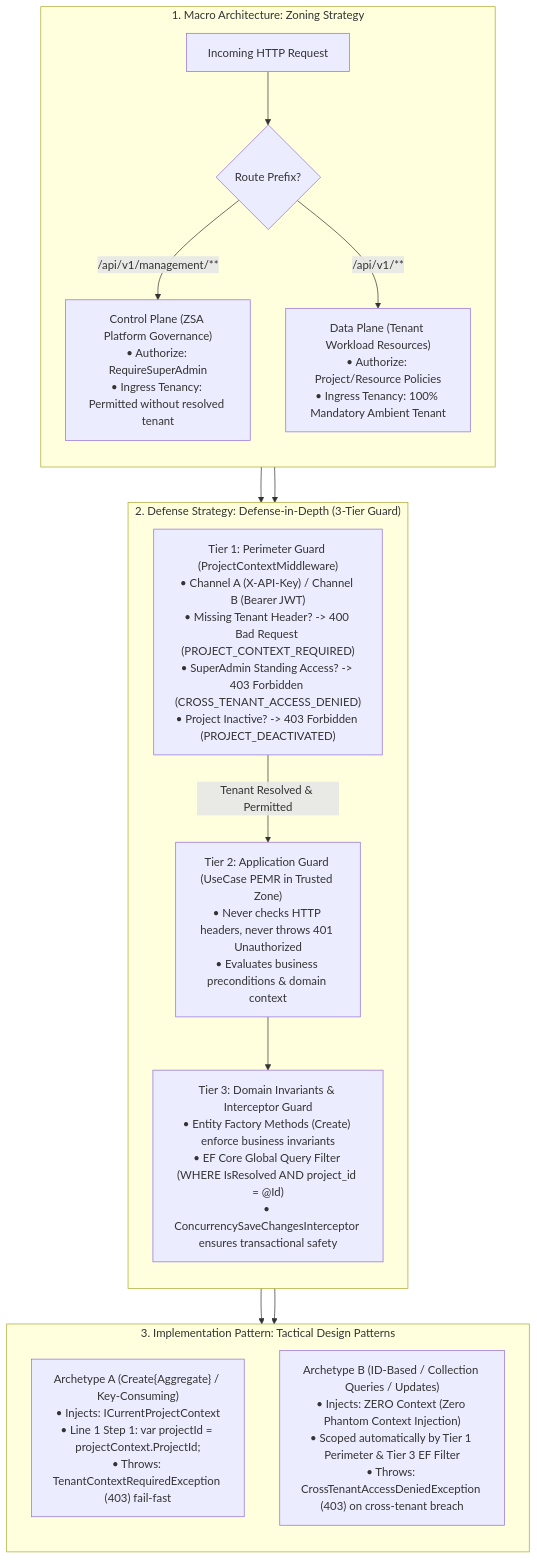
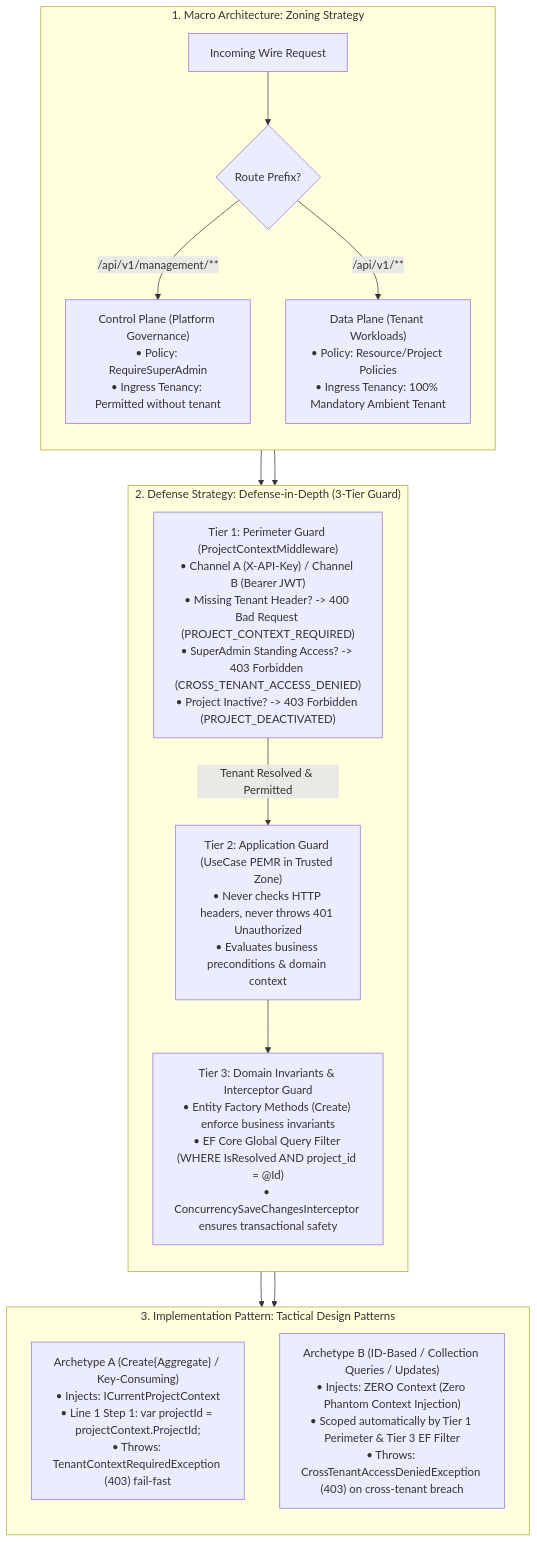
Before and after one commit to suang05/doc_template: the first of 2 diagrams in specs/03_specialized_mechanics/multi_tenant_security_pipeline.md, drawn with Mermaid. The commit also changed other lines of this file and 3 other files, not shown here.

Commit message:
chore: add system architecture and multi-tenant security specifications

````diff
--- a/specs/03_specialized_mechanics/multi_tenant_security_pipeline.md
+++ b/specs/03_specialized_mechanics/multi_tenant_security_pipeline.md
@@ -23,24 +23,24 @@
 ```mermaid
 flowchart TD
     subgraph Macro ["1. Macro Architecture: Zoning Strategy"]
         direction TB
-        Req[Incoming HTTP Request] --> RouteCheck{Route Prefix?}
-        RouteCheck -- "/api/v1/management/**" --> CtrlPlane["Control Plane (ZSA Platform Governance)\n• Authorize: RequireSuperAdmin\n• Ingress Tenancy: Permitted without resolved tenant"]
-        RouteCheck -- "/api/v1/**" --> DataPlane["Data Plane (Tenant Workload Resources)\n• Authorize: Project/Resource Policies\n• Ingress Tenancy: 100% Mandatory Ambient Tenant"]
+        Req[Incoming Wire Request] --> RouteCheck{Route Prefix?}
+        RouteCheck -- "/api/v1/management/**" --> CtrlPlane["Control Plane (Platform Governance)\n• Policy: RequireSuperAdmin\n• Ingress Tenancy: Permitted without tenant"]
+        RouteCheck -- "/api/v1/**" --> DataPlane["Data Plane (Tenant Workloads)\n• Policy: Resource/Project Policies\n• Ingress Tenancy: 100% Mandatory Ambient Tenant"]
     end
 
     subgraph Defense ["2. Defense Strategy: Defense-in-Depth (3-Tier Guard)"]
         direction TB
         DataPlane --> T1["Tier 1: Perimeter Guard (ProjectContextMiddleware)\n• Channel A (X-API-Key) / Channel B (Bearer JWT)\n• Missing Tenant Header? -> 400 Bad Request (PROJECT_CONTEXT_REQUIRED)\n• SuperAdmin Standing Access? -> 403 Forbidden (CROSS_TENANT_ACCESS_DENIED)\n• Project Inactive? -> 403 Forbidden (PROJECT_DEACTIVATED)"]
         T1 -- Tenant Resolved & Permitted --> T2["Tier 2: Application Guard (UseCase PEMR in Trusted Zone)\n• Never checks HTTP headers, never throws 401 Unauthorized\n• Evaluates business preconditions & domain context"]
         T2 --> T3["Tier 3: Domain Invariants & Interceptor Guard\n• Entity Factory Methods (Create) enforce business invariants\n• EF Core Global Query Filter (WHERE IsResolved AND project_id = @Id)\n• ConcurrencySaveChangesInterceptor ensures transactional safety"]
     end
 
     subgraph Tactical ["3. Implementation Pattern: Tactical Design Patterns"]
         direction TB
         T2 --> ArchA["Archetype A (Create{Aggregate} / Key-Consuming)\n• Injects: ICurrentProjectContext\n• Line 1 Step 1: var projectId = projectContext.ProjectId;\n• Throws: TenantContextRequiredException (403) fail-fast"]
         T2 --> ArchB["Archetype B (ID-Based / Collection Queries / Updates)\n• Injects: ZERO Context (Zero Phantom Context Injection)\n• Scoped automatically by Tier 1 Perimeter & Tier 3 EF Filter\n• Throws: CrossTenantAccessDeniedException (403) on cross-tenant breach"]
     end
 
     CtrlPlane --> T2
 ```
````
